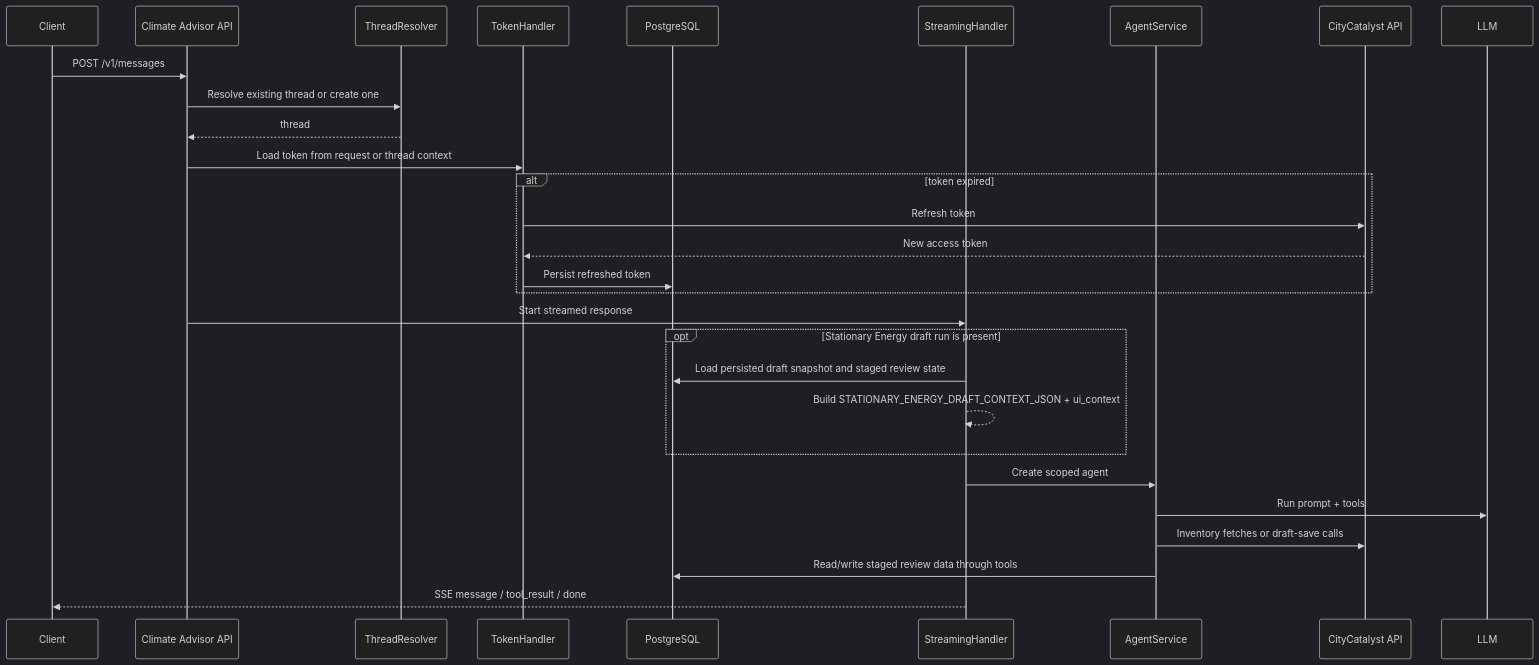
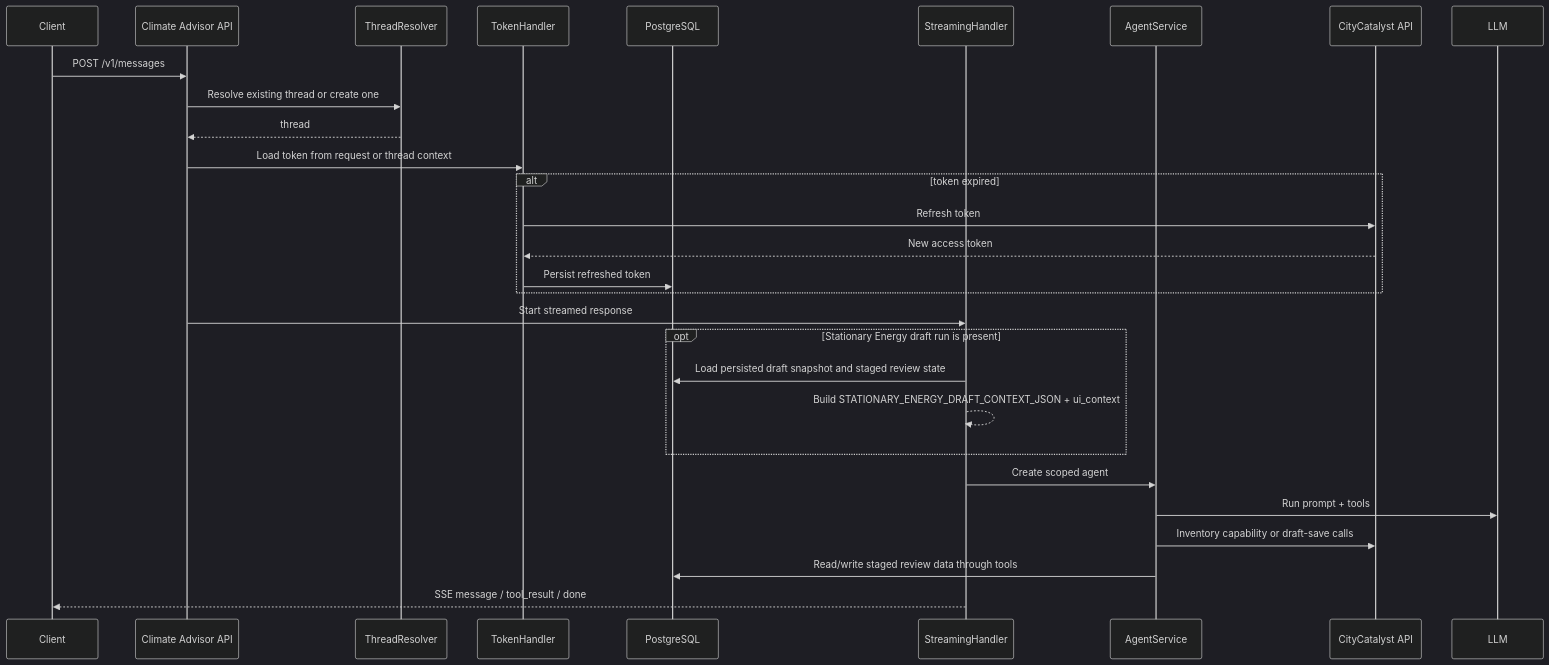
One commit to Open-Earth-Foundation/CityCatalyst changed the second of 4 diagrams in climate-advisor/docs/architecture.md. Above: the diagram before and after it, drawn with Mermaid (dark theme). The commit also changed other lines of this file and 21 other files, not shown here.

````diff
--- a/climate-advisor/docs/architecture.md
+++ b/climate-advisor/docs/architecture.md
@@ -51,34 +51,34 @@
 ```mermaid
 sequenceDiagram
     participant Client
     participant API as Climate Advisor API
     participant Thread as ThreadResolver
     participant Token as TokenHandler
     participant DB as PostgreSQL
     participant Stream as StreamingHandler
     participant Agent as AgentService
     participant CC as CityCatalyst API
 
     Client->>API: POST /v1/messages
     API->>Thread: Resolve existing thread or create one
     Thread-->>API: thread
 
     API->>Token: Load token from request or thread context
     alt token expired
         Token->>CC: Refresh token
         CC-->>Token: New access token
         Token->>DB: Persist refreshed token
     end
 
     API->>Stream: Start streamed response
     opt Stationary Energy draft run is present
         Stream->>DB: Load persisted draft snapshot and staged review state
         Stream-->>Stream: Build STATIONARY_ENERGY_DRAFT_CONTEXT_JSON + ui_context
     end
 
     Stream->>Agent: Create scoped agent
     Agent->>LLM: Run prompt + tools
-    Agent->>CC: Inventory fetches or draft-save calls
+    Agent->>CC: Inventory capability or draft-save calls
     Agent->>DB: Read/write staged review data through tools
     Stream-->>Client: SSE message / tool_result / done
 ```
````
